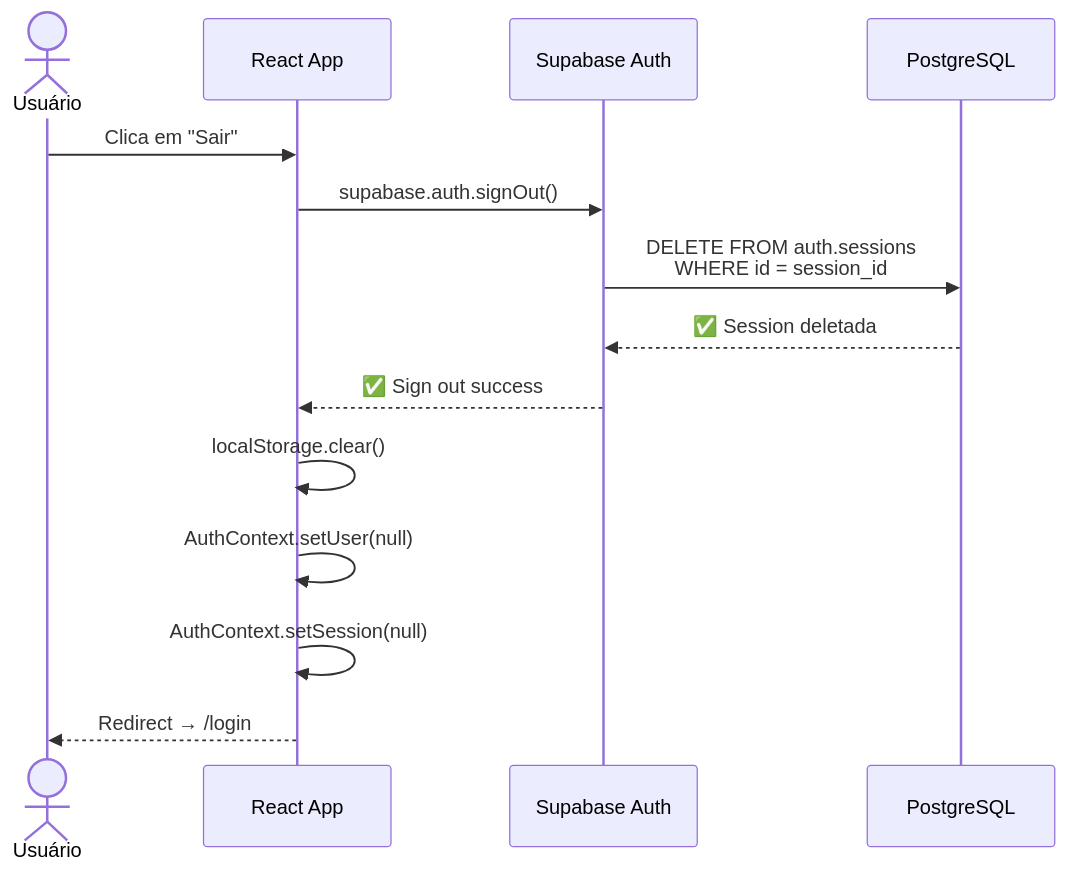
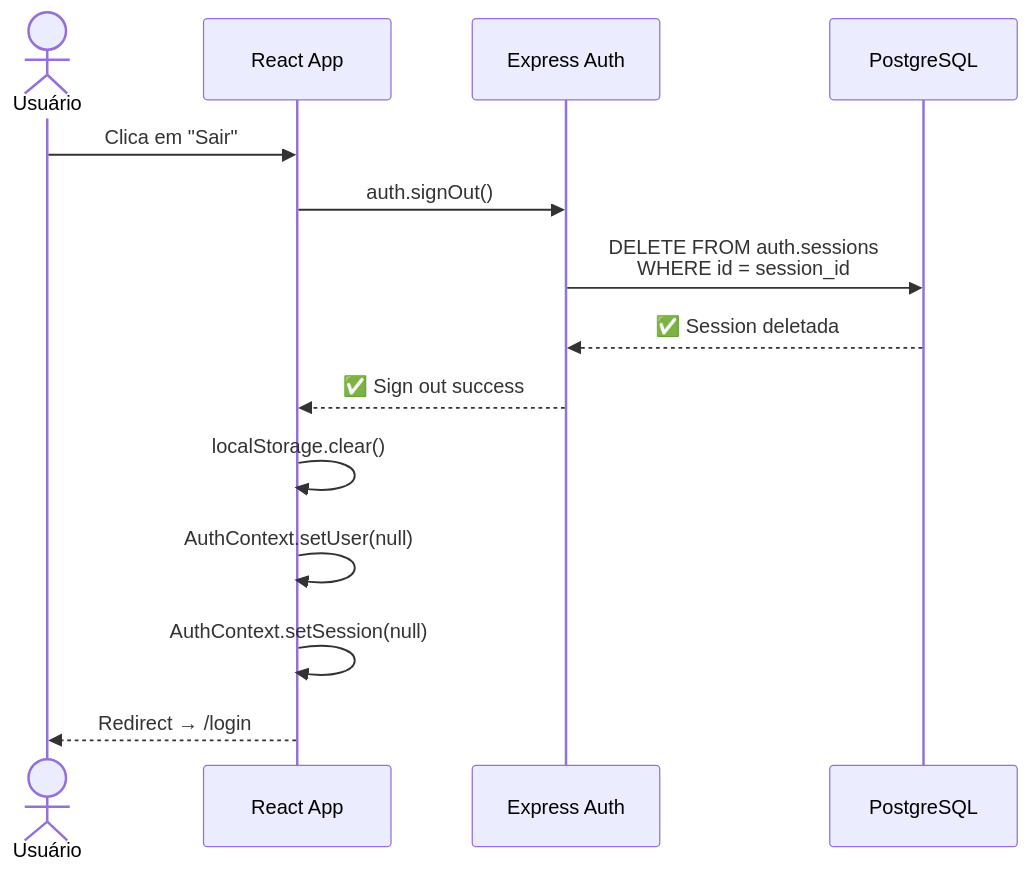
The fourth of 6 diagrams in docs/DIAGRAMAS/06-FLUXO-AUTENTICACAO.md (B0yZ4kr14/ortho-plus-modules-07b53a29), drawn with Mermaid before and after one commit. The commit also changed other lines of this file and 112 other files, not shown here.

First line of the commit message:
docs: add migration guides, architecture docs, and validation reports

````diff
--- a/docs/DIAGRAMAS/06-FLUXO-AUTENTICACAO.md
+++ b/docs/DIAGRAMAS/06-FLUXO-AUTENTICACAO.md
@@ -166,23 +166,23 @@
 ```mermaid
 sequenceDiagram
     actor User as Usuário
     participant UI as React App
-    participant Auth as Supabase Auth
+    participant Auth as Express Auth
     participant DB as PostgreSQL
 
     User->>UI: Clica em "Sair"
     
-    UI->>Auth: supabase.auth.signOut()
+    UI->>Auth: auth.signOut()
     
     Auth->>DB: DELETE FROM auth.sessions<br/>WHERE id = session_id
     
     DB-->>Auth: ✅ Session deletada
     
     Auth-->>UI: ✅ Sign out success
     
     UI->>UI: localStorage.clear()
     UI->>UI: AuthContext.setUser(null)
     UI->>UI: AuthContext.setSession(null)
     
     UI-->>User: Redirect → /login
 ```
````
